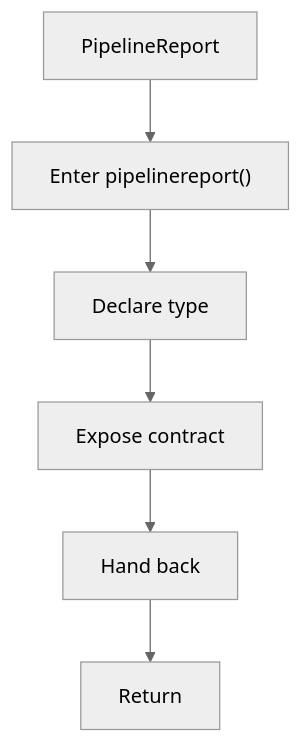
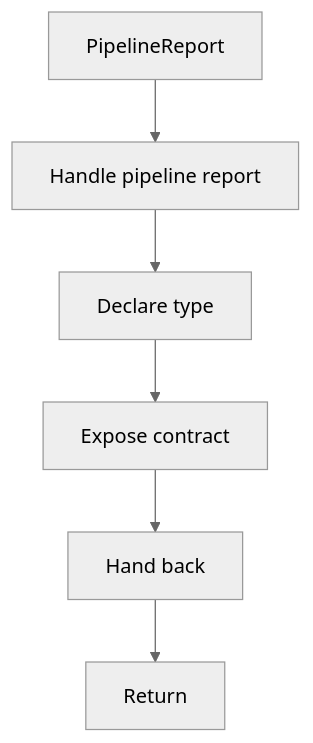
Before and after one commit to JohnAndrewBalbarosa/NeoTerritory: the fifth of 8 diagrams in docs/Codebase/Microservice/Modules/Header/SyntacticBrokenAST/OutputGeneration/Contracts/algorithm_pipeline.hpp.md, drawn with Mermaid (neutral theme). The commit also changed other lines of this file and 925 other files, not shown here.

````diff
--- a/docs/Codebase/Microservice/Modules/Header/SyntacticBrokenAST/OutputGeneration/Contracts/algorithm_pipeline.hpp.md
+++ b/docs/Codebase/Microservice/Modules/Header/SyntacticBrokenAST/OutputGeneration/Contracts/algorithm_pipeline.hpp.md
@@ -147,14 +146,14 @@
 ```mermaid
 flowchart TD
     Start["PipelineReport"]
-    N0["Enter pipelinereport()"]
+    N0["Handle pipeline report"]
     N1["Declare type"]
     N2["Expose contract"]
     N3["Hand back"]
     End["Return"]
     Start --> N0
     N0 --> N1
     N1 --> N2
     N2 --> N3
     N3 --> End
 ```
````
